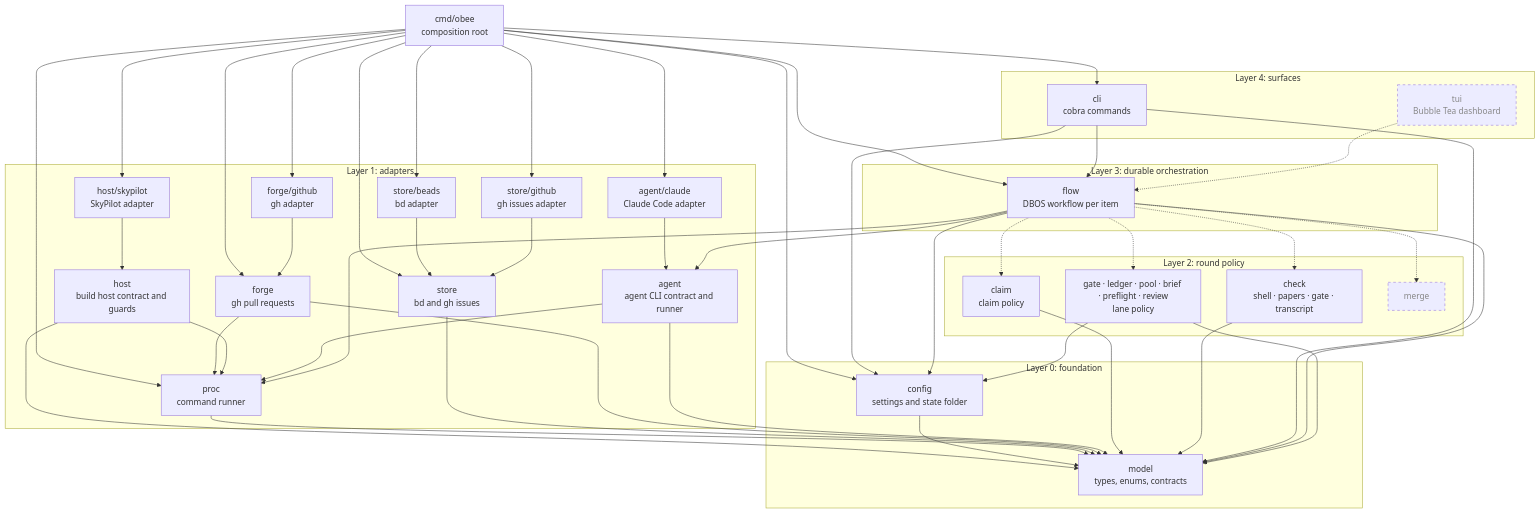
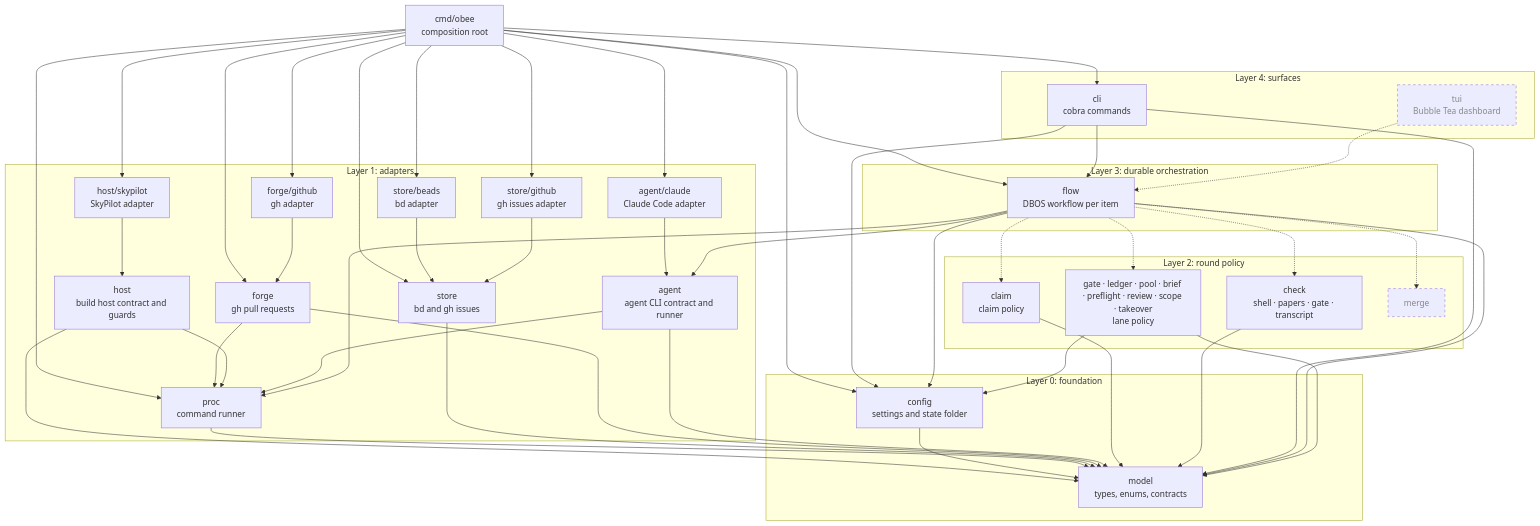
The first of 3 diagrams in docs/architecture.md (tobocop2/beehave), drawn with Mermaid before and after one commit. The commit also changed other lines of this file and 38 other files, not shown here.

```diff
--- a/docs/architecture.md
+++ b/docs/architecture.md
@@ -24,7 +24,7 @@
     subgraph L2["Layer 2: round policy"]
         claim["claim<br/>claim policy"]
         check["check<br/>shell · papers · gate · transcript"]
-        policy["gate · ledger · pool · brief · preflight · review<br/>lane policy"]
+        policy["gate · ledger · pool · brief · preflight · review · scope · takeover<br/>lane policy"]
         later["merge"]:::planned
     end
 
```
